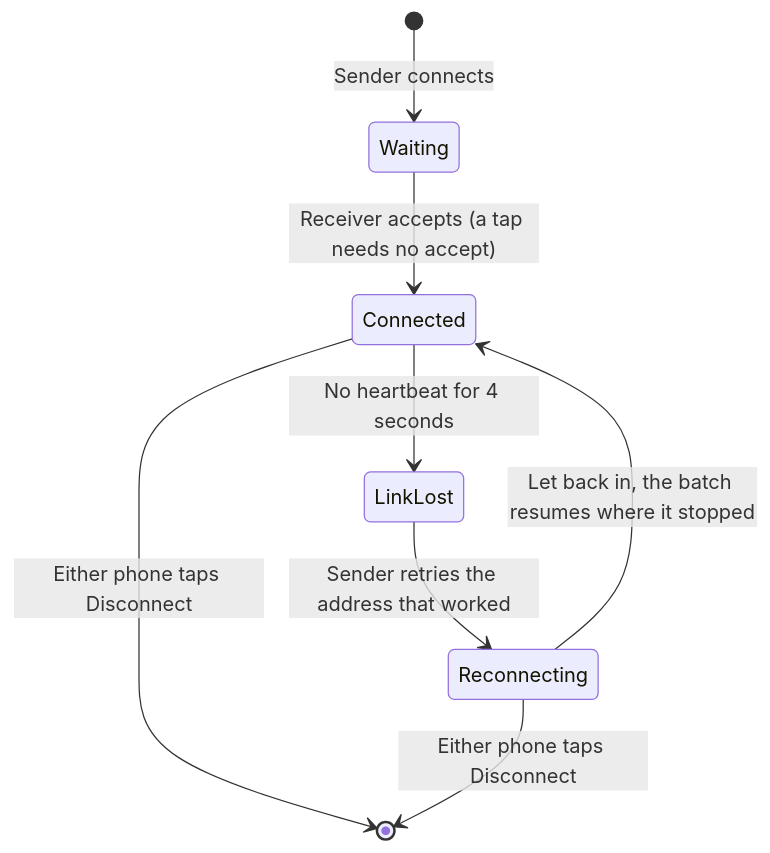
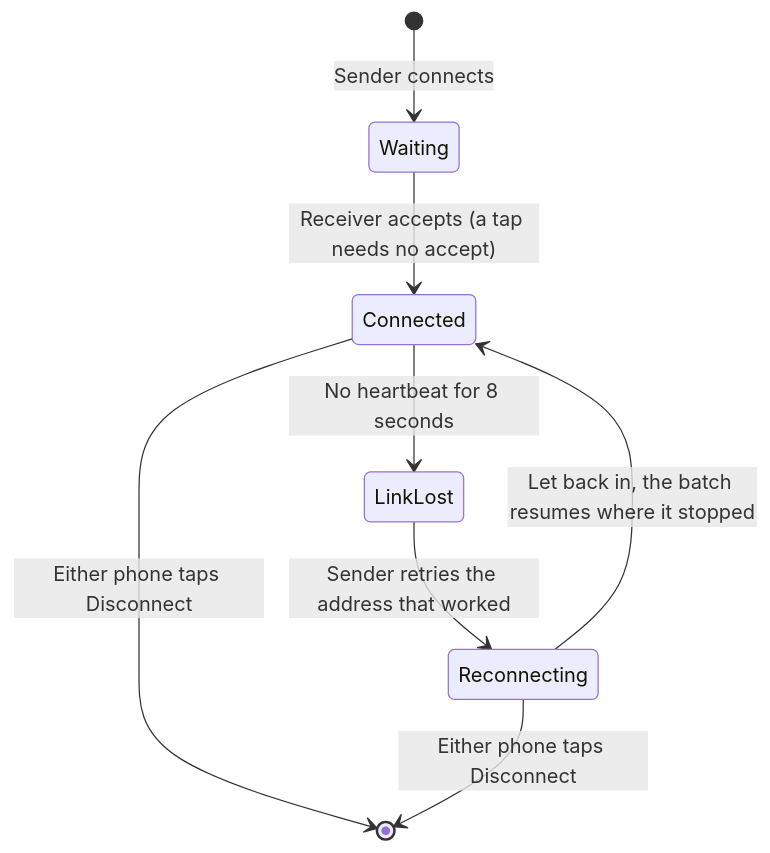
Before and after one commit to vishalpa8/Nearvolt: the second of 3 diagrams in docs/architecture.md, drawn with Mermaid. The commit also changed other lines of this file and 6 other files, not shown here.

````diff
--- a/docs/architecture.md
+++ b/docs/architecture.md
@@ -92,10 +93,10 @@
 ```mermaid
 stateDiagram-v2
     [*] --> Waiting: Sender connects
     Waiting --> Connected: Receiver accepts (a tap needs no accept)
-    Connected --> LinkLost: No heartbeat for 4 seconds
+    Connected --> LinkLost: No heartbeat for 8 seconds
     LinkLost --> Reconnecting: Sender retries the address that worked
     Reconnecting --> Connected: Let back in, the batch resumes where it stopped
     Connected --> [*]: Either phone taps Disconnect
     Reconnecting --> [*]: Either phone taps Disconnect
 ```
````
